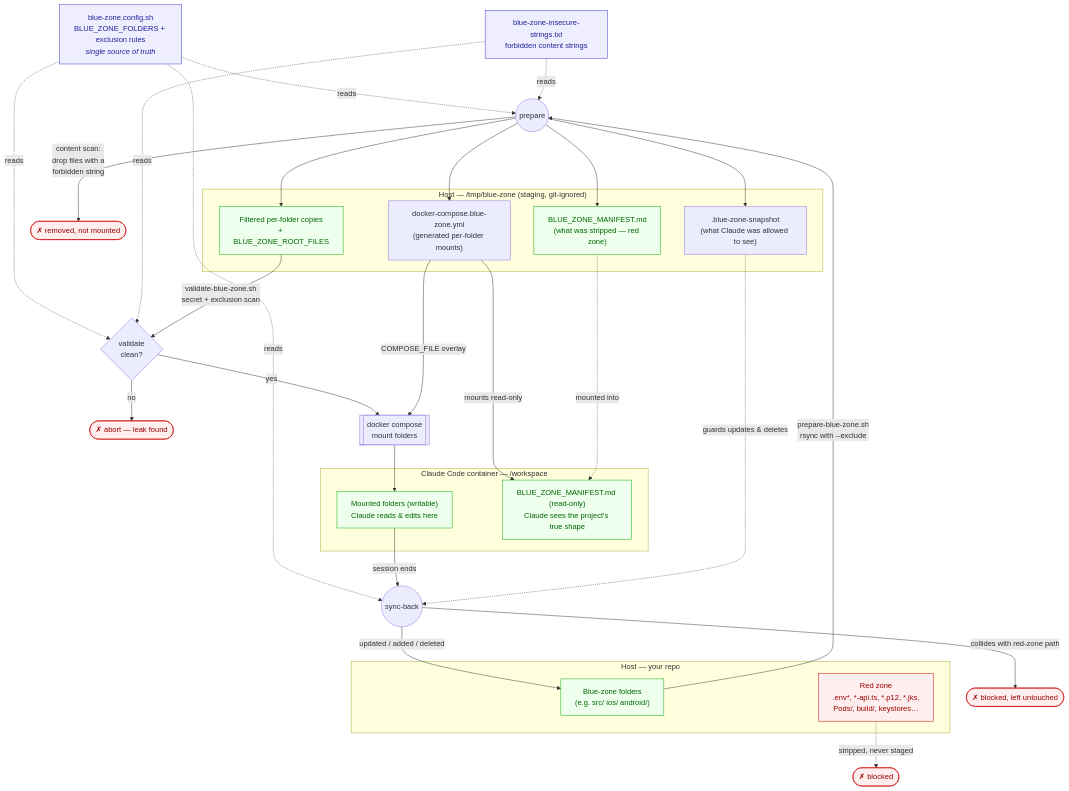
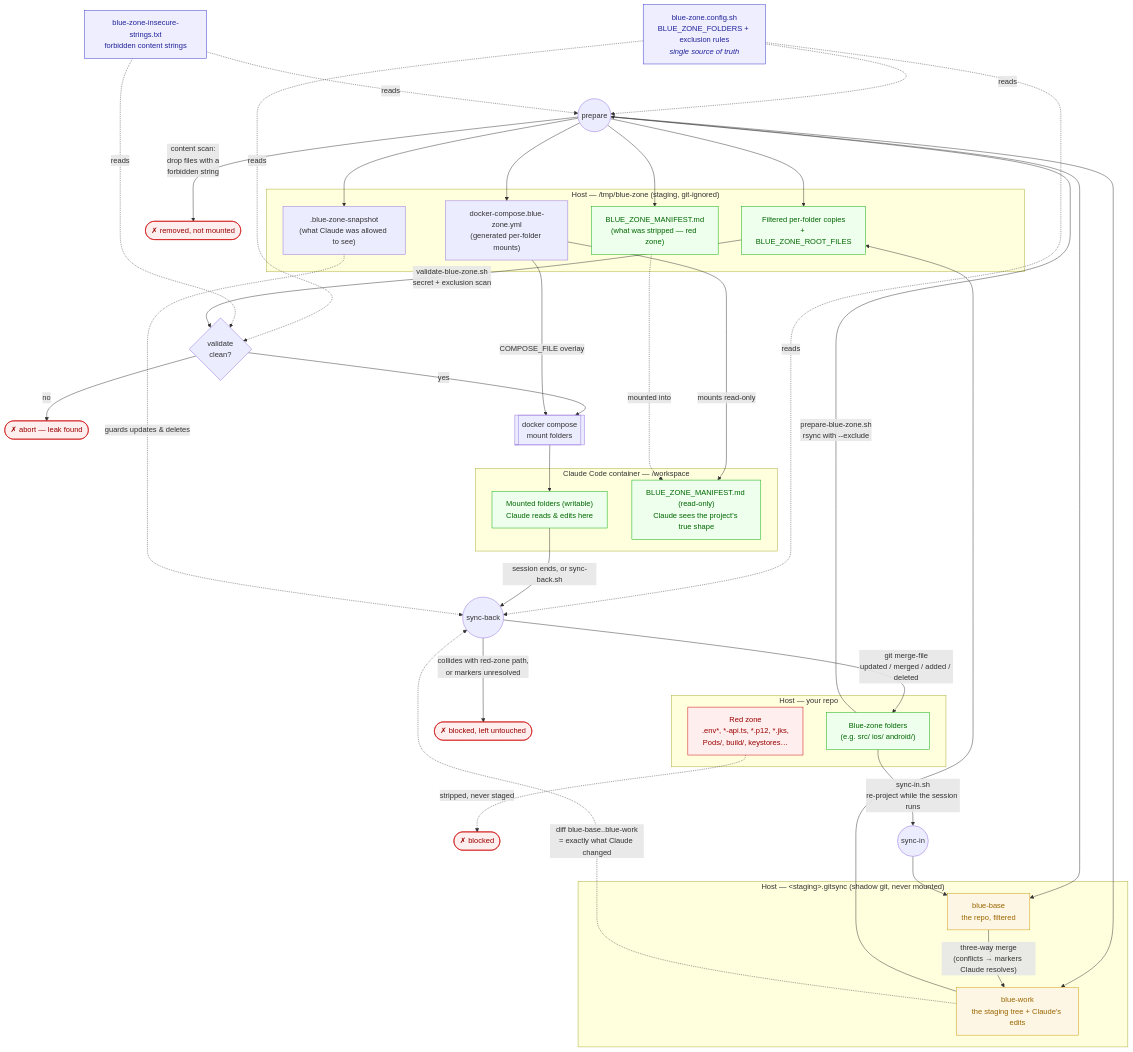
Before and after one commit to matviyiv/RedBlue: the diagram in claude-docker/docs/blue-zone-flow.md, drawn with Mermaid. The commit also changed other lines of this file and 23 other files, not shown here.

````diff
--- a/claude-docker/docs/blue-zone-flow.md
+++ b/claude-docker/docs/blue-zone-flow.md
@@ -9,59 +9,75 @@
 ```mermaid
 flowchart TD
     cfg["blue-zone.config.sh<br/>BLUE_ZONE_FOLDERS + exclusion rules<br/><i>single source of truth</i>"]
 
     subgraph host["Host — your repo"]
         blue["Blue-zone folders<br/>(e.g. src/ ios/ android/)"]
         red["Red zone<br/>.env*, *-api.ts, *.p12, *.jks,<br/>Pods/, build/, keystores…"]
     end
 
     subgraph stage["Host — /tmp/blue-zone (staging, git-ignored)"]
         staged["Filtered per-folder copies<br/>+ BLUE_ZONE_ROOT_FILES"]
         snap[".blue-zone-snapshot<br/>(what Claude was allowed to see)"]
         manifest["BLUE_ZONE_MANIFEST.md<br/>(what was stripped — red zone)"]
         overlay["docker-compose.blue-zone.yml<br/>(generated per-folder mounts)"]
+    end
+
+    subgraph shadow["Host — &lt;staging&gt;.gitsync (shadow git, never mounted)"]
+        base["blue-base<br/>the repo, filtered"]
+        work["blue-work<br/>the staging tree + Claude's edits"]
     end
 
     subgraph container["Claude Code container — /workspace"]
         ws["Mounted folders (writable)<br/>Claude reads & edits here"]
         wsman["BLUE_ZONE_MANIFEST.md (read-only)<br/>Claude sees the project's true shape"]
     end
 
     deny["blue-zone-insecure-strings.txt<br/>forbidden content strings"]
 
     cfg -.->|reads| prep
     cfg -.->|reads| val
     cfg -.->|reads| sync
     deny -.->|reads| prep
     deny -.->|reads| val
 
     blue -->|"prepare-blue-zone.sh<br/>rsync with --exclude"| prep((prepare))
     red -.->|stripped, never staged| xred(["✗ blocked"])
     prep -->|"content scan:<br/>drop files with a<br/>forbidden string"| xdeny(["✗ removed, not mounted"])
     prep --> staged
     prep --> snap
     prep --> manifest
     prep --> overlay
 
     overlay -->|"mounts read-only"| wsman
     manifest -.->|mounted into| wsman
 
     staged -->|"validate-blue-zone.sh<br/>secret + exclusion scan"| val{validate<br/>clean?}
     val -->|no| stop(["✗ abort — leak found"])
     val -->|yes| mount
 
     overlay -->|"COMPOSE_FILE overlay"| mount[["docker compose<br/>mount folders"]]
     mount --> ws
 
-    ws -->|"session ends"| sync((sync-back))
+    prep --> base
+    prep --> work
+
+    blue -->|"sync-in.sh<br/>re-project while the session runs"| in((sync-in))
+    in --> base
+    base -->|"three-way merge<br/>(conflicts → markers Claude resolves)"| work
+    work --> staged
+
+    ws -->|"session ends, or sync-back.sh"| sync((sync-back))
+    work -.->|"diff blue-base..blue-work<br/>= exactly what Claude changed"| sync
     snap -.->|"guards updates & deletes"| sync
-    sync -->|"updated / added / deleted"| blue
-    sync -->|"collides with red-zone path"| xblock(["✗ blocked, left untouched"])
+    sync -->|"git merge-file<br/>updated / merged / added / deleted"| blue
+    sync -->|"collides with red-zone path,<br/>or markers unresolved"| xblock(["✗ blocked, left untouched"])
 
     classDef danger fill:#fee,stroke:#c00,color:#900;
     classDef safe fill:#efe,stroke:#0a0,color:#060;
     classDef cfgcls fill:#eef,stroke:#33c,color:#229;
+    classDef gitcls fill:#fef6e4,stroke:#c90,color:#960;
     class red,xred,stop,xblock,xdeny danger;
     class blue,staged,ws,manifest,wsman safe;
     class cfg,deny cfgcls;
+    class base,work gitcls;
 ```
````
